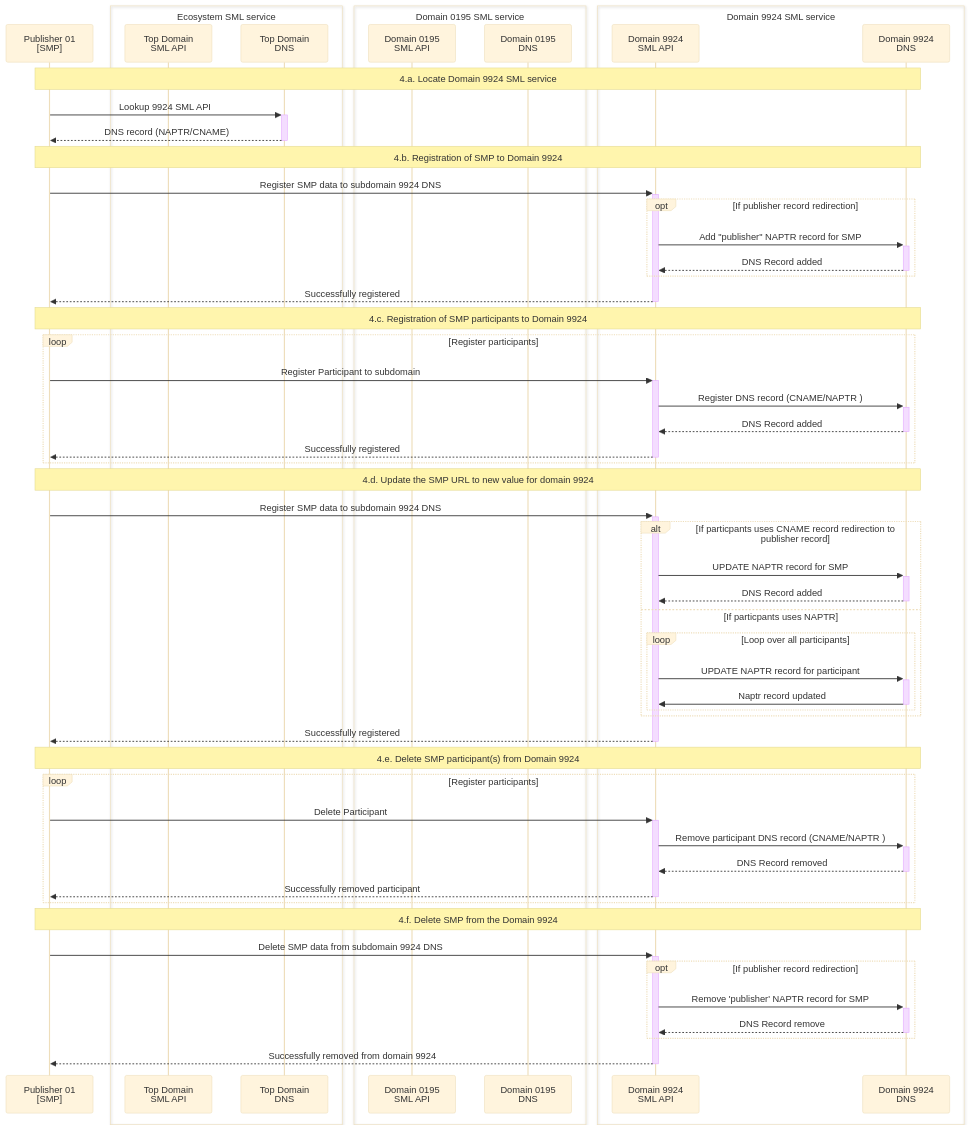
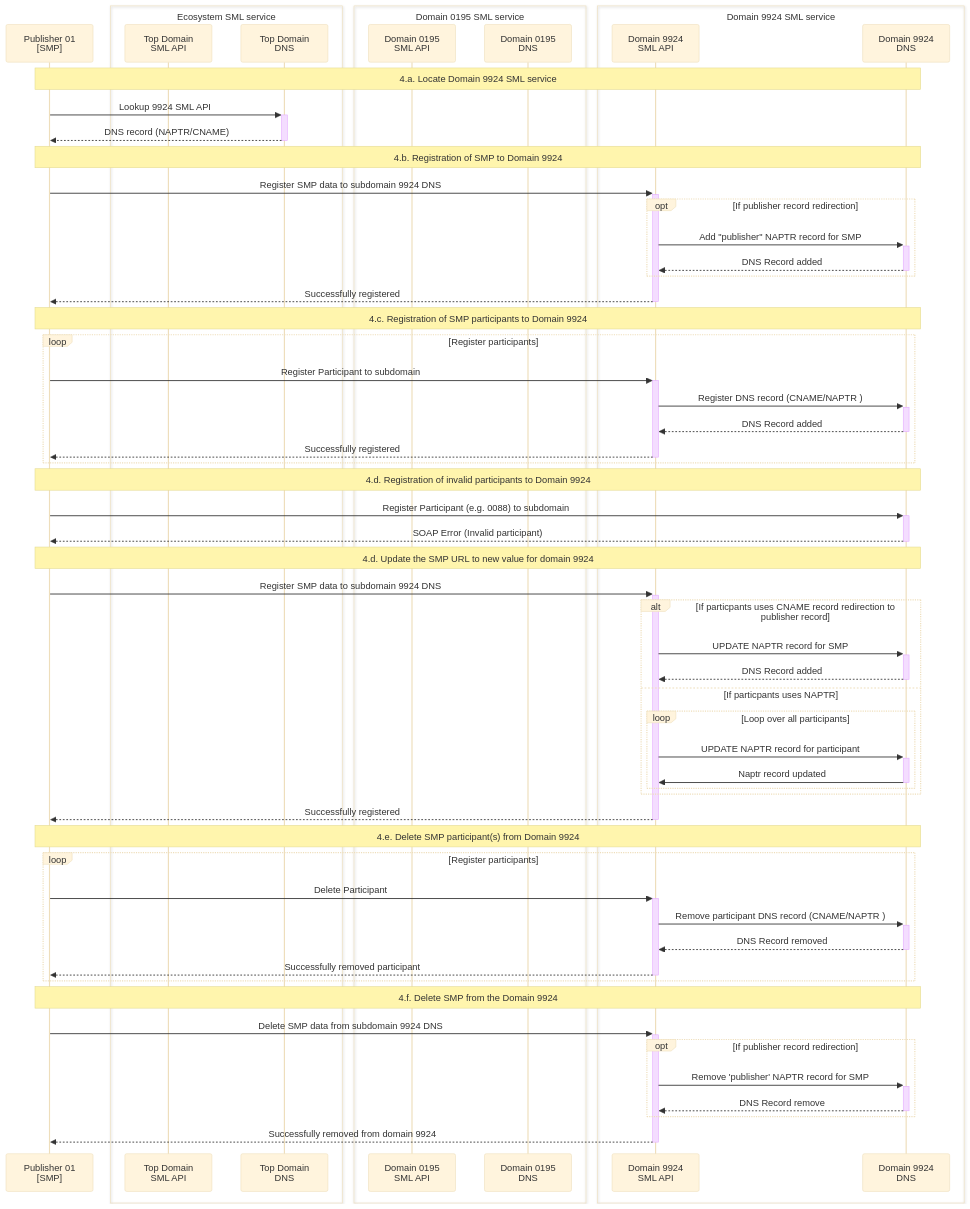
The third of 3 diagrams in uc04-registration/README.md (ec-edelivery/dynamic-discovery-federated-infrastructure), drawn with Mermaid (base theme) before and after one commit. The commit also changed other lines of this file and 24 other files, not shown here.

````diff
--- a/uc04-registration/README.md
+++ b/uc04-registration/README.md
@@ -274,71 +282,73 @@
 ```mermaid
 sequenceDiagram
 
     participant SMP01 as Publisher 01<br />[SMP]
 #participant DDC as Dynamic<br />discovery<br />client
 # participant rDNS as ResoverDNS
     box Ecosystem SML service
         participant EcosystemSmlApi as Top Domain <br />SML API
         participant EcosystemDNS as Top Domain<br />DNS
     end
     box Domain 0195 SML service
         participant Domain0195SmlApi as Domain 0195<br />SML API
         participant Domain0195DNS as Domain 0195<br />DNS
     end
     box Domain 9924 SML service
         participant Domain9924SmlApi as Domain 9924<br />SML API
         participant Domain9924DNS as Domain 9924<br />DNS
     end
 
     Note over SMP01,Domain9924DNS: 4.a. Locate Domain 9924 SML service
     SMP01 ->>+ EcosystemDNS: Lookup 9924 SML API
     EcosystemDNS -->>- SMP01: DNS record (NAPTR/CNAME)
 
     Note over SMP01,Domain9924DNS: 4.b. Registration of SMP to Domain 9924
     SMP01 ->>+ Domain9924SmlApi: Register SMP data to subdomain 9924 DNS
     opt If publisher record redirection
        Domain9924SmlApi  ->>+ Domain9924DNS: Add "publisher" NAPTR record for SMP
        Domain9924DNS  -->>- Domain9924SmlApi: DNS Record added
     end
    Domain9924SmlApi -->>- SMP01: Successfully registered
 
     Note over SMP01,Domain9924DNS: 4.c. Registration of SMP participants to Domain 9924
     Loop Register participants
         SMP01 ->>+ Domain9924SmlApi: Register Participant to subdomain
         Domain9924SmlApi  ->>+ Domain9924DNS: Register DNS record (CNAME/NAPTR )
         Domain9924DNS  -->>- Domain9924SmlApi: DNS Record added
         Domain9924SmlApi -->>- SMP01: Successfully registered
     end
+    
+    Note over SMP01,Domain9924DNS: 4.d. Registration of invalid participants to Domain 9924
+    SMP01 ->>+ Domain9924DNS: Register Participant (e.g. 0088) to subdomain
+    Domain9924DNS -->>- SMP01: SOAP Error (Invalid participant)
 
     Note over SMP01,Domain9924DNS: 4.d.  Update the SMP URL to new value for domain 9924
-    
     SMP01 ->>+ Domain9924SmlApi: Register SMP data to subdomain 9924 DNS
     alt If particpants uses CNAME record redirection to publisher record
         Domain9924SmlApi  ->>+ Domain9924DNS: UPDATE NAPTR record for SMP
         Domain9924DNS  -->>- Domain9924SmlApi: DNS Record added
     else If particpants uses NAPTR
          Loop Loop over all participants
             Domain9924SmlApi  ->>+ Domain9924DNS: UPDATE NAPTR record for participant
             Domain9924DNS  ->>- Domain9924SmlApi:  Naptr record updated
          end 
     end
     Domain9924SmlApi -->>- SMP01: Successfully registered
-
 
     Note over SMP01,Domain9924DNS: 4.e. Delete SMP participant(s) from Domain 9924
     Loop Register participants
         SMP01 ->>+ Domain9924SmlApi: Delete Participant
         Domain9924SmlApi  ->>+ Domain9924DNS: Remove participant DNS record (CNAME/NAPTR )
         Domain9924DNS  -->>- Domain9924SmlApi: DNS Record removed
         Domain9924SmlApi -->>- SMP01: Successfully removed participant
     end
 
     Note over SMP01,Domain9924DNS: 4.f. Delete SMP from the Domain 9924
     SMP01 ->>+ Domain9924SmlApi: Delete SMP data from subdomain 9924 DNS
     opt If publisher record redirection
         Domain9924SmlApi  ->>+ Domain9924DNS: Remove 'publisher' NAPTR record for SMP
         Domain9924DNS  -->>- Domain9924SmlApi: DNS Record remove
     end
 Domain9924SmlApi -->>- SMP01: Successfully removed from domain 9924
 
 ```
````
